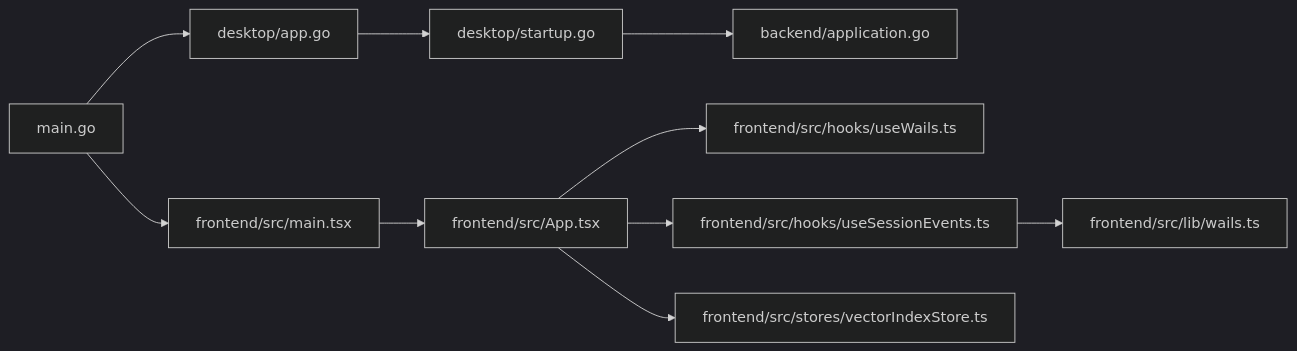
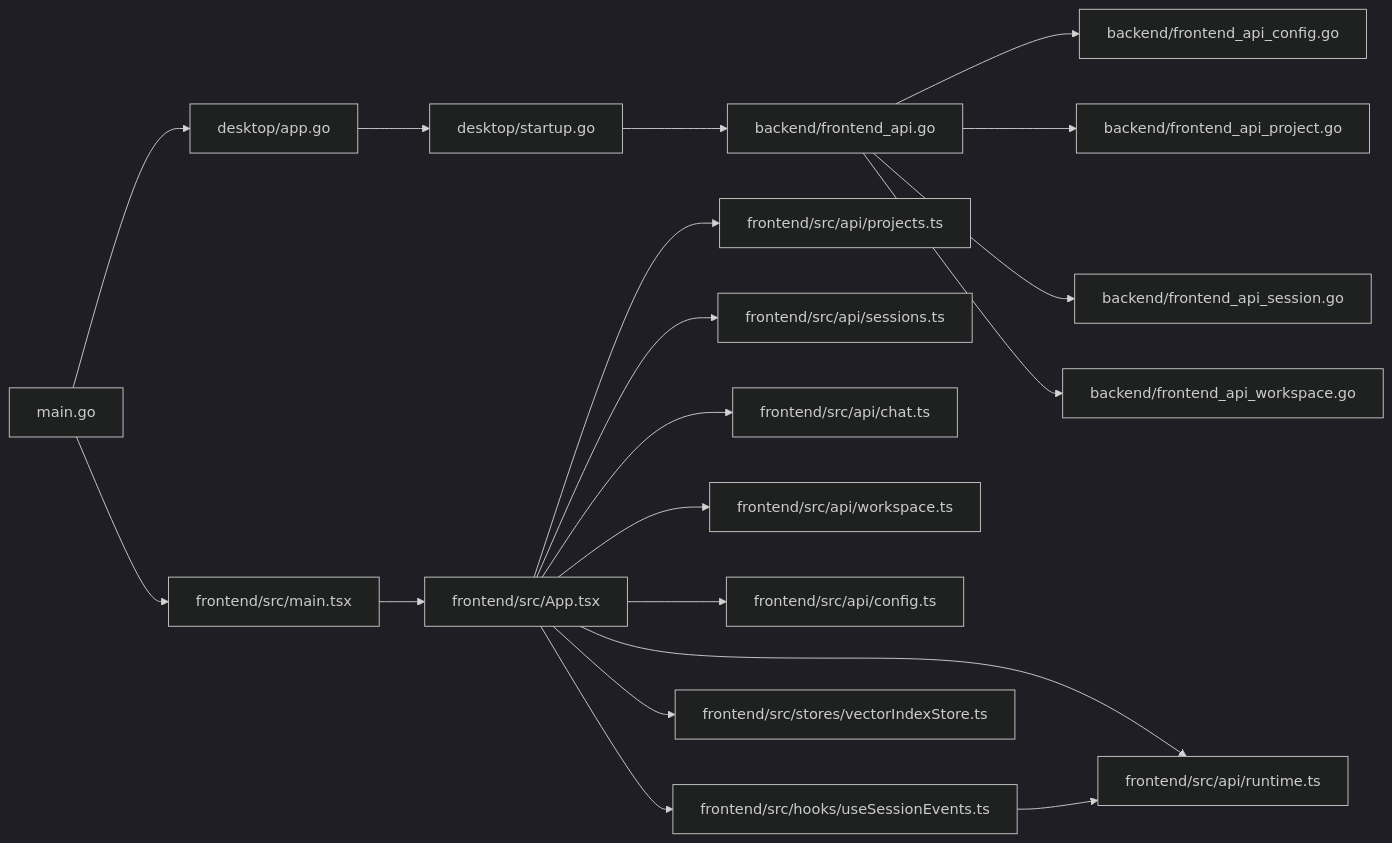
The third of 3 diagrams in .qoder/repowiki/en/content/Frontend Application/Application Architecture.md (v0lka/c0wrk), drawn with Mermaid (dark theme) before and after one commit. The commit also changed other lines of this file and 13 other files, not shown here.

````diff
--- a/.qoder/repowiki/en/content/Frontend Application/Application Architecture.md
+++ b/.qoder/repowiki/en/content/Frontend Application/Application Architecture.md
@@ -311,12 +468,21 @@
 ```mermaid
 graph LR
 MAIN["main.go"] --> DAPP["desktop/app.go"]
 DAPP --> DSTART["desktop/startup.go"]
-DSTART --> BAPP["backend/application.go"]
+DSTART --> FAP["backend/frontend_api.go"]
+FAP --> FAPCFG["backend/frontend_api_config.go"]
+FAP --> FAPPROJ["backend/frontend_api_project.go"]
+FAP --> FAPSESS["backend/frontend_api_session.go"]
+FAP --> FAPWS["backend/frontend_api_workspace.go"]
 MAIN --> FE["frontend/src/main.tsx"]
 FE --> APP["frontend/src/App.tsx"]
-APP --> EW["frontend/src/hooks/useWails.ts"]
+APP --> RT["frontend/src/api/runtime.ts"]
+APP --> PROJ["frontend/src/api/projects.ts"]
+APP --> SESS["frontend/src/api/sessions.ts"]
+APP --> CHAT["frontend/src/api/chat.ts"]
+APP --> WS["frontend/src/api/workspace.ts"]
+APP --> CFG["frontend/src/api/config.ts"]
 APP --> ESE["frontend/src/hooks/useSessionEvents.ts"]
 APP --> VIS["frontend/src/stores/vectorIndexStore.ts"]
-ESE --> LIB["frontend/src/lib/wails.ts"]
+ESE --> RT
 ```
````
